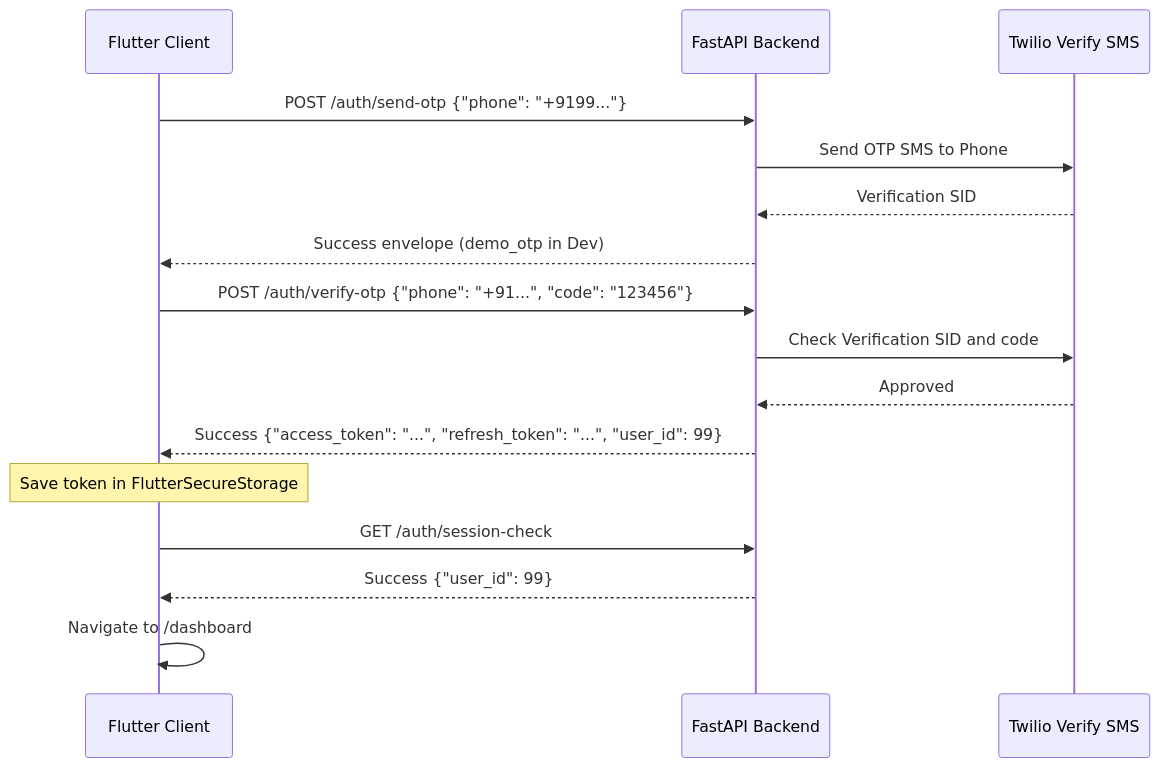
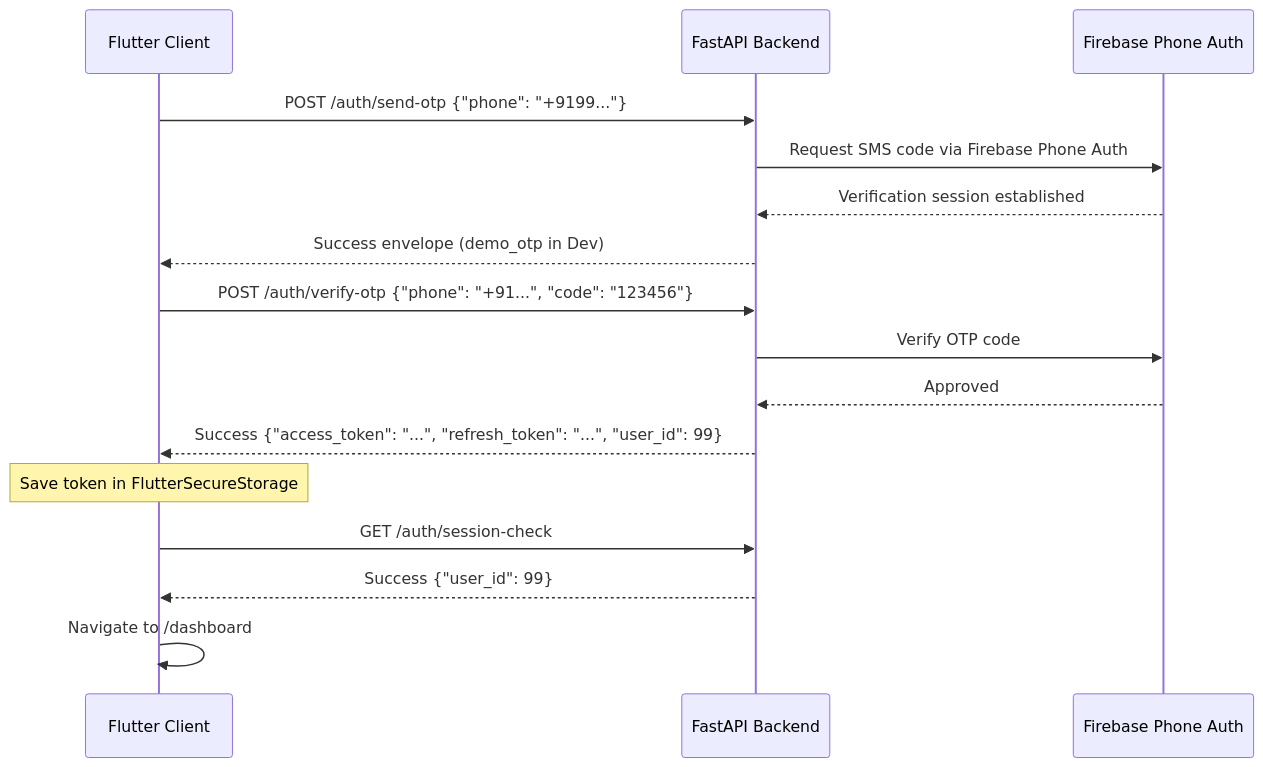
Before and after one commit to Md-ayaz01/aarogya-vault: the diagram in backend/docs/AUDIT_FRONTEND.md, drawn with Mermaid. The commit also changed other lines of this file and 18 other files, not shown here.

Commit message:
Fix Firebase phone auth fallback and backend Firebase Admin initialization

````diff
--- a/backend/docs/AUDIT_FRONTEND.md
+++ b/backend/docs/AUDIT_FRONTEND.md
@@ -75,19 +75,19 @@
 ```mermaid
 sequenceDiagram
   participant Client as Flutter Client
   participant Server as FastAPI Backend
-  participant Twilio as Twilio Verify SMS
+  participant Firebase as Firebase Phone Auth
 
   Client->>Server: POST /auth/send-otp {"phone": "+9199..."}
-  Server->>Twilio: Send OTP SMS to Phone
-  Twilio-->>Server: Verification SID
+  Server->>Firebase: Request SMS code via Firebase Phone Auth
+  Firebase-->>Server: Verification session established
   Server-->>Client: Success envelope (demo_otp in Dev)
   Client->>Server: POST /auth/verify-otp {"phone": "+91...", "code": "123456"}
-  Server->>Twilio: Check Verification SID and code
-  Twilio-->>Server: Approved
+  Server->>Firebase: Verify OTP code
+  Firebase-->>Server: Approved
   Server-->>Client: Success {"access_token": "...", "refresh_token": "...", "user_id": 99}
   Note over Client: Save token in FlutterSecureStorage
   Client->>Server: GET /auth/session-check
   Server-->>Client: Success {"user_id": 99}
   Client->>Client: Navigate to /dashboard
 ```
````
